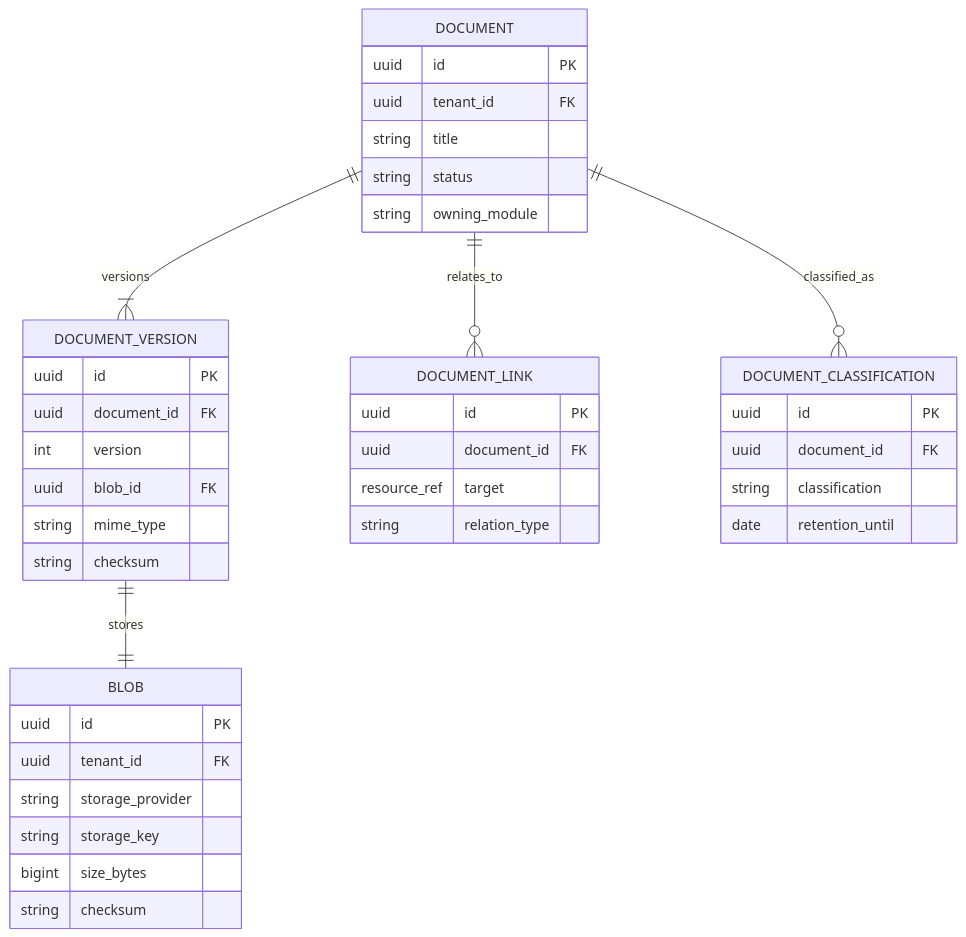
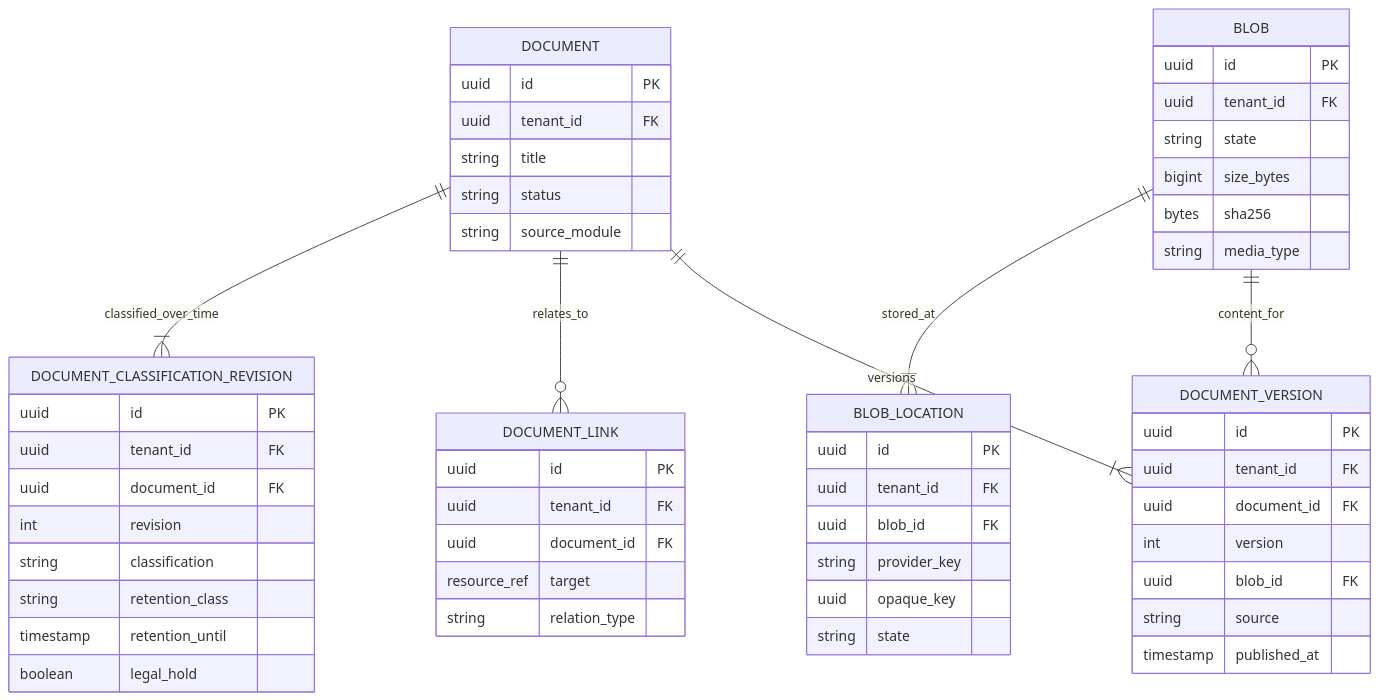
One commit to dytonpictures/werk-plattform changed the fifth of 7 diagrams in docs/DATENMODELL.md. Above: the diagram before and after it, drawn with Mermaid. The commit also changed other lines of this file and 94 other files, not shown here.

````diff
--- a/docs/DATENMODELL.md
+++ b/docs/DATENMODELL.md
@@ -465,43 +466,58 @@
 ```mermaid
 erDiagram
     DOCUMENT ||--|{ DOCUMENT_VERSION : versions
-    DOCUMENT_VERSION ||--|| BLOB : stores
+    BLOB ||--o{ DOCUMENT_VERSION : content_for
+    BLOB ||--|{ BLOB_LOCATION : stored_at
     DOCUMENT ||--o{ DOCUMENT_LINK : relates_to
-    DOCUMENT ||--o{ DOCUMENT_CLASSIFICATION : classified_as
+    DOCUMENT ||--|{ DOCUMENT_CLASSIFICATION_REVISION : classified_over_time
 
     DOCUMENT {
         uuid id PK
         uuid tenant_id FK
         string title
         string status
-        string owning_module
+        string source_module
     }
     DOCUMENT_VERSION {
         uuid id PK
+        uuid tenant_id FK
         uuid document_id FK
         int version
         uuid blob_id FK
-        string mime_type
-        string checksum
+        string source
+        timestamp published_at
     }
     BLOB {
         uuid id PK
         uuid tenant_id FK
-        string storage_provider
-        string storage_key
+        string state
         bigint size_bytes
-        string checksum
+        bytes sha256
+        string media_type
+    }
+    BLOB_LOCATION {
+        uuid id PK
+        uuid tenant_id FK
+        uuid blob_id FK
+        string provider_key
+        uuid opaque_key
+        string state
     }
     DOCUMENT_LINK {
         uuid id PK
+        uuid tenant_id FK
         uuid document_id FK
         resource_ref target
         string relation_type
     }
-    DOCUMENT_CLASSIFICATION {
+    DOCUMENT_CLASSIFICATION_REVISION {
         uuid id PK
+        uuid tenant_id FK
         uuid document_id FK
+        int revision
         string classification
-        date retention_until
+        string retention_class
+        timestamp retention_until
+        boolean legal_hold
     }
 ```
````
